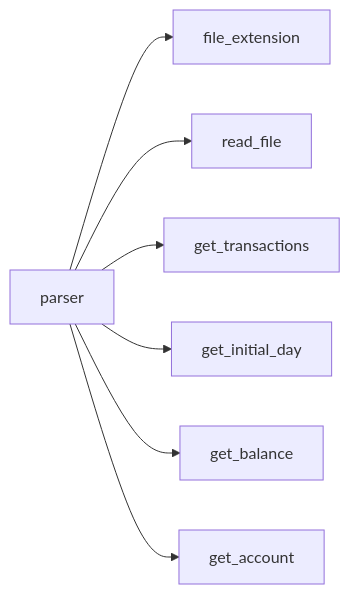
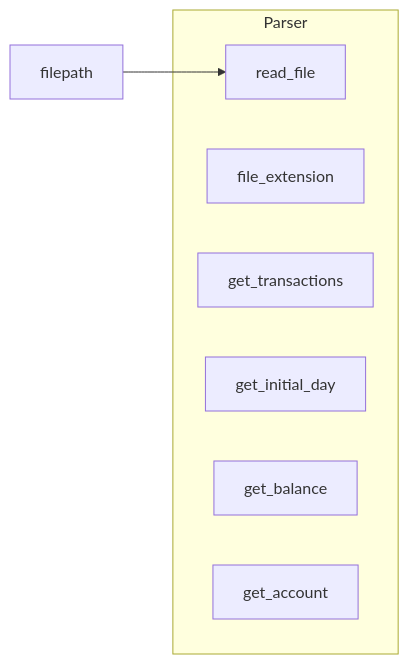
One commit to josueelias9/improving-BCP-organizate changed the fourth of 4 diagrams in README.md. Above: the diagram before and after it, drawn with Mermaid. The commit also changed 8 other files, not shown here.

````diff
--- a/README.md
+++ b/README.md
@@ -112,13 +112,16 @@
 ```mermaid
 
 flowchart LR
 
+filepath --> read_file
 
-parser --> file_extension
-parser --> read_file
-parser --> get_transactions
-parser --> get_initial_day
-parser --> get_balance
-parser --> get_account
+subgraph Parser
+file_extension
+read_file
+get_transactions
+get_initial_day
+get_balance
+get_account
+end
 
 ```
````
